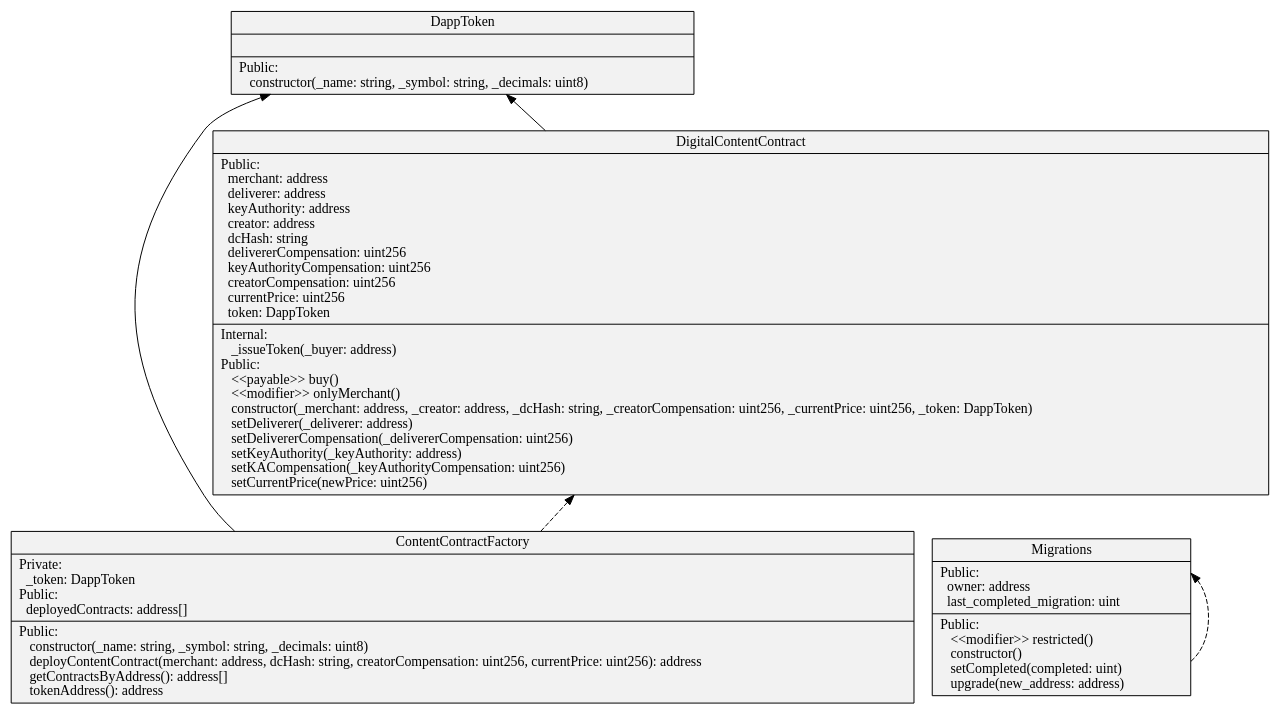
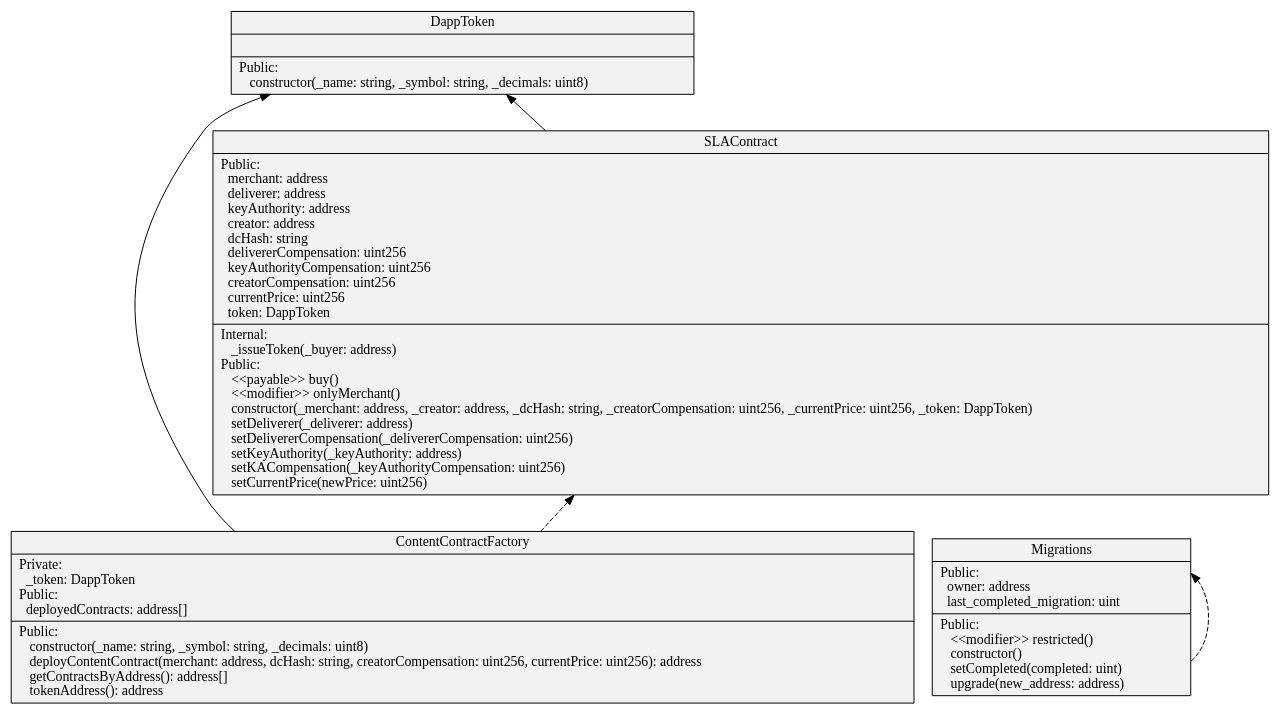
The diagram in docs/UML/classDiagram.dot (jjanczur/digital_content_distribution), drawn with Graphviz before and after one commit. The commit also changed 5 other files, not shown here.

```diff
--- a/docs/UML/classDiagram.dot
+++ b/docs/UML/classDiagram.dot
@@ -1,18 +1,18 @@
 
 digraph UmlClassDiagram {
 rankdir=BT
 color=black
 arrowhead=open
 node [shape=record, style=filled, fillcolor=gray95]
 subgraph  graph_0 {
 label="../../contracts"
 0 [label="{ContentContractFactory| Private:\l\ \ \ _token: DappToken\lPublic:\l\ \ \ deployedContracts: address[]\l| Public:\l\ \ \ \ constructor(_name: string, _symbol: string, _decimals: uint8)\l\ \ \ \ deployContentContract(merchant: address, dcHash: string, creatorCompensation: uint256, currentPrice: uint256): address\l\ \ \ \ getContractsByAddress(): address[]\l\ \ \ \ tokenAddress(): address\l}"]
 1 [label="{DappToken| | Public:\l\ \ \ \ constructor(_name: string, _symbol: string, _decimals: uint8)\l}"]
-2 [label="{DigitalContentContract| Public:\l\ \ \ merchant: address\l\ \ \ deliverer: address\l\ \ \ keyAuthority: address\l\ \ \ creator: address\l\ \ \ dcHash: string\l\ \ \ delivererCompensation: uint256\l\ \ \ keyAuthorityCompensation: uint256\l\ \ \ creatorCompensation: uint256\l\ \ \ currentPrice: uint256\l\ \ \ token: DappToken\l| Internal:\l\ \ \ \ _issueToken(_buyer: address)\lPublic:\l\ \ \ \ \<\<payable\>\> buy()\l\ \ \ \ \<\<modifier\>\> onlyMerchant()\l\ \ \ \ constructor(_merchant: address, _creator: address, _dcHash: string, _creatorCompensation: uint256, _currentPrice: uint256, _token: DappToken)\l\ \ \ \ setDeliverer(_deliverer: address)\l\ \ \ \ setDelivererCompensation(_delivererCompensation: uint256)\l\ \ \ \ setKeyAuthority(_keyAuthority: address)\l\ \ \ \ setKACompensation(_keyAuthorityCompensation: uint256)\l\ \ \ \ setCurrentPrice(newPrice: uint256)\l}"]
+2 [label="{SLAContract| Public:\l\ \ \ merchant: address\l\ \ \ deliverer: address\l\ \ \ keyAuthority: address\l\ \ \ creator: address\l\ \ \ dcHash: string\l\ \ \ delivererCompensation: uint256\l\ \ \ keyAuthorityCompensation: uint256\l\ \ \ creatorCompensation: uint256\l\ \ \ currentPrice: uint256\l\ \ \ token: DappToken\l| Internal:\l\ \ \ \ _issueToken(_buyer: address)\lPublic:\l\ \ \ \ \<\<payable\>\> buy()\l\ \ \ \ \<\<modifier\>\> onlyMerchant()\l\ \ \ \ constructor(_merchant: address, _creator: address, _dcHash: string, _creatorCompensation: uint256, _currentPrice: uint256, _token: DappToken)\l\ \ \ \ setDeliverer(_deliverer: address)\l\ \ \ \ setDelivererCompensation(_delivererCompensation: uint256)\l\ \ \ \ setKeyAuthority(_keyAuthority: address)\l\ \ \ \ setKACompensation(_keyAuthorityCompensation: uint256)\l\ \ \ \ setCurrentPrice(newPrice: uint256)\l}"]
 3 [label="{Migrations| Public:\l\ \ \ owner: address\l\ \ \ last_completed_migration: uint\l| Public:\l\ \ \ \ \<\<modifier\>\> restricted()\l\ \ \ \ constructor()\l\ \ \ \ setCompleted(completed: uint)\l\ \ \ \ upgrade(new_address: address)\l}"]
 }
 0 -> 1 []
 0 -> 2 [style=dashed, ]
 2 -> 1 []
 3 -> 3 [style=dashed, ]
 }
```
